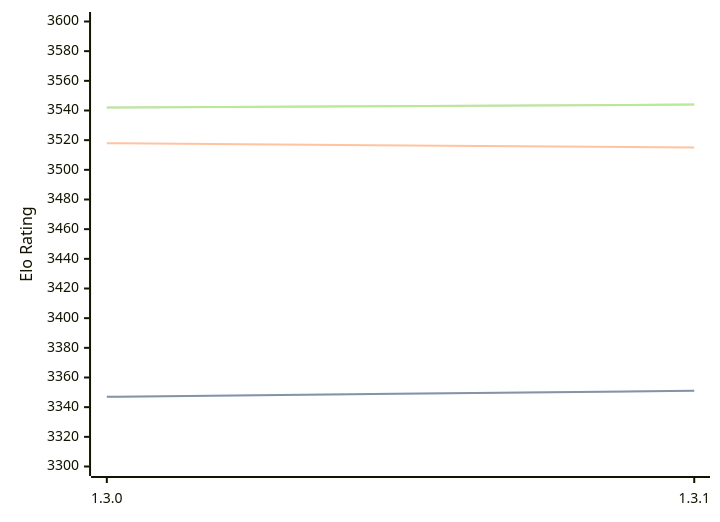
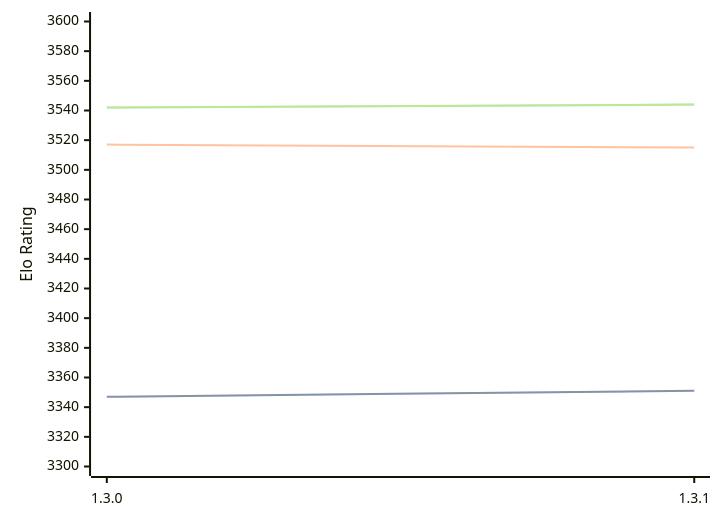
The diagram in engines/Renegade.md (computer-chess-index/cci), drawn with Mermaid before and after one commit. The commit also changed other lines of this file, not shown here.

````diff
--- a/engines/Renegade.md
+++ b/engines/Renegade.md
@@ -33,11 +33,11 @@
 ```mermaid
 %%{init: {"theme":"base","themeVariables":{"seriesColors:['#a3a3a3','#222221','#faa371']}}}%%
 xychart-beta
   x-axis ["1.3.0", "1.3.1"]
   y-axis "Elo Rating" 3300 --> 3600
   line "" [3347, 3351]
   line "STC (8.0+0.08s)" [3347, 3351]
-  line "LTC (60.0+0.60s)" [3518, 3515]
+  line "LTC (60.0+0.60s)" [3517, 3515]
   line "" [3542, 3544]
   line "VLTC (2m24s+1.12s)" [3542, 3544]
 ```
````
